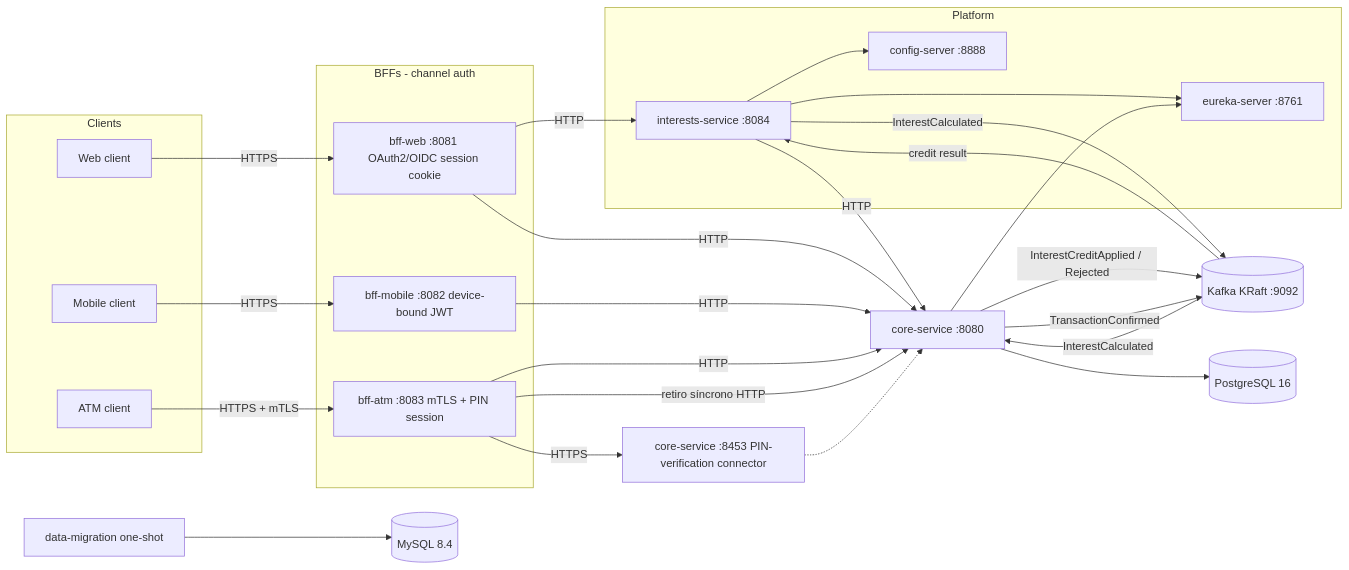
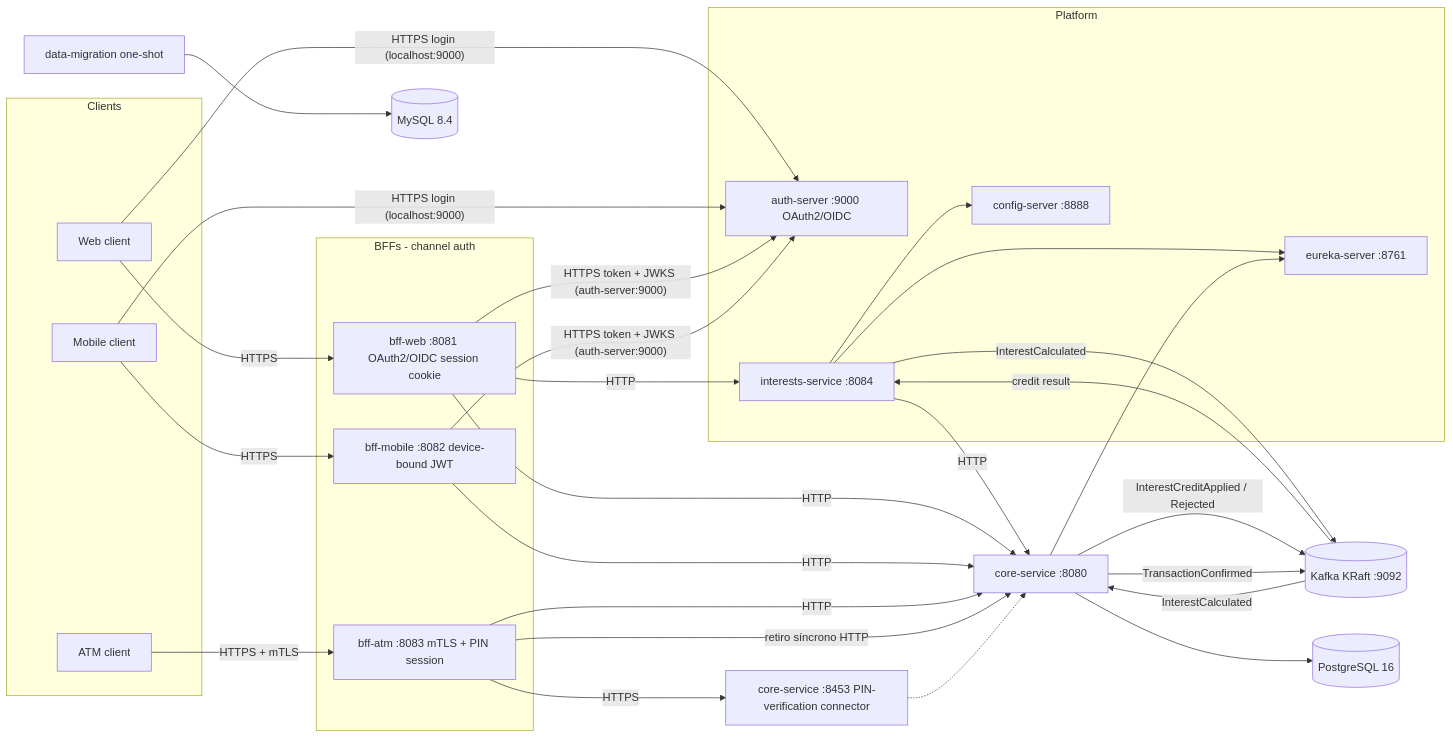
One commit to gustavoduocuc/xyz_bank_server changed the diagram in README.md. Above: the diagram before and after it, drawn with Mermaid. The commit also changed other lines of this file, not shown here.

Commit message:
docs: document auth-server and the end-to-end web and mobile logins

````diff
--- a/README.md
+++ b/README.md
@@ -19,49 +19,54 @@
 ```mermaid
 flowchart LR
   subgraph clients [Clients]
     WebClient[Web client]
     MobileClient[Mobile client]
     AtmClient[ATM client]
   end
 
   subgraph bffs [BFFs - channel auth]
     BffWeb[bff-web :8081 OAuth2/OIDC session cookie]
     BffMobile[bff-mobile :8082 device-bound JWT]
     BffAtm[bff-atm :8083 mTLS + PIN session]
   end
 
   subgraph platform [Platform]
+    AuthServer[auth-server :9000 OAuth2/OIDC]
     ConfigServer[config-server :8888]
     EurekaServer[eureka-server :8761]
     InterestsService[interests-service :8084]
   end
 
   CoreService[core-service :8080]
   CoreServicePin[core-service :8453 PIN-verification connector]
   Kafka[(Kafka KRaft :9092)]
   Postgres[(PostgreSQL 16)]
   MySQL[(MySQL 8.4)]
   Migration[data-migration one-shot]
 
   WebClient -- HTTPS --> BffWeb
   MobileClient -- HTTPS --> BffMobile
+  WebClient -- "HTTPS login (localhost:9000)" --> AuthServer
+  MobileClient -- "HTTPS login (localhost:9000)" --> AuthServer
+  BffWeb -- "HTTPS token + JWKS (auth-server:9000)" --> AuthServer
+  BffMobile -- "HTTPS token + JWKS (auth-server:9000)" --> AuthServer
   AtmClient -- HTTPS + mTLS --> BffAtm
   BffWeb -- HTTP --> InterestsService
   BffWeb -- HTTP --> CoreService
   BffMobile -- HTTP --> CoreService
   BffAtm -- HTTP --> CoreService
   BffAtm -- HTTPS --> CoreServicePin
   InterestsService -- HTTP --> CoreService
   InterestsService -- "InterestCalculated" --> Kafka
   Kafka -- "InterestCalculated" --> CoreService
   CoreService -- "InterestCreditApplied / Rejected" --> Kafka
   Kafka -- "credit result" --> InterestsService
   CoreService -- "TransactionConfirmed" --> Kafka
   BffAtm -- "retiro síncrono HTTP" --> CoreService
   InterestsService --> ConfigServer
   InterestsService --> EurekaServer
   CoreService --> EurekaServer
   CoreService --> Postgres
   CoreServicePin -.-> CoreService
   Migration --> MySQL
 ```
````
